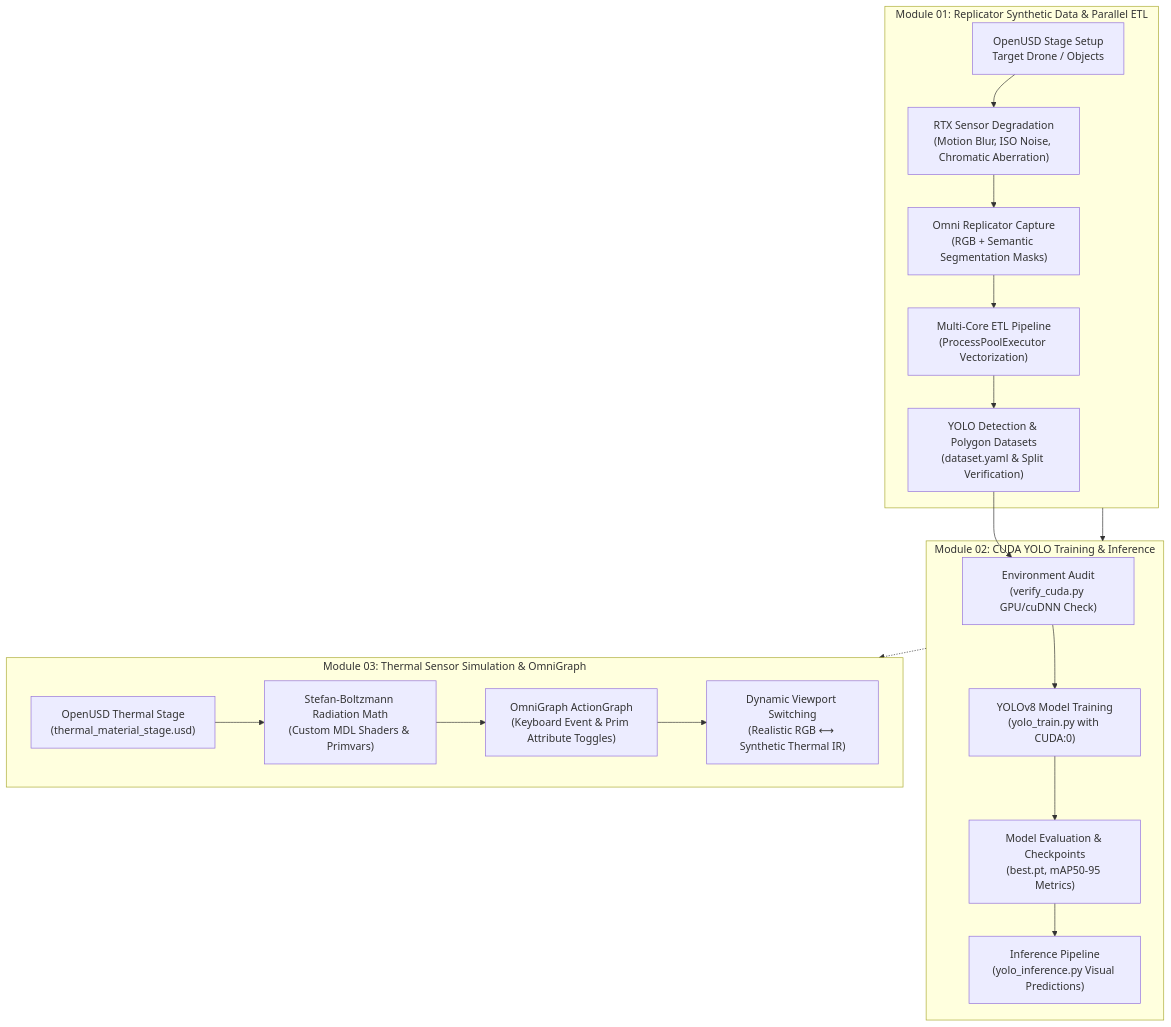
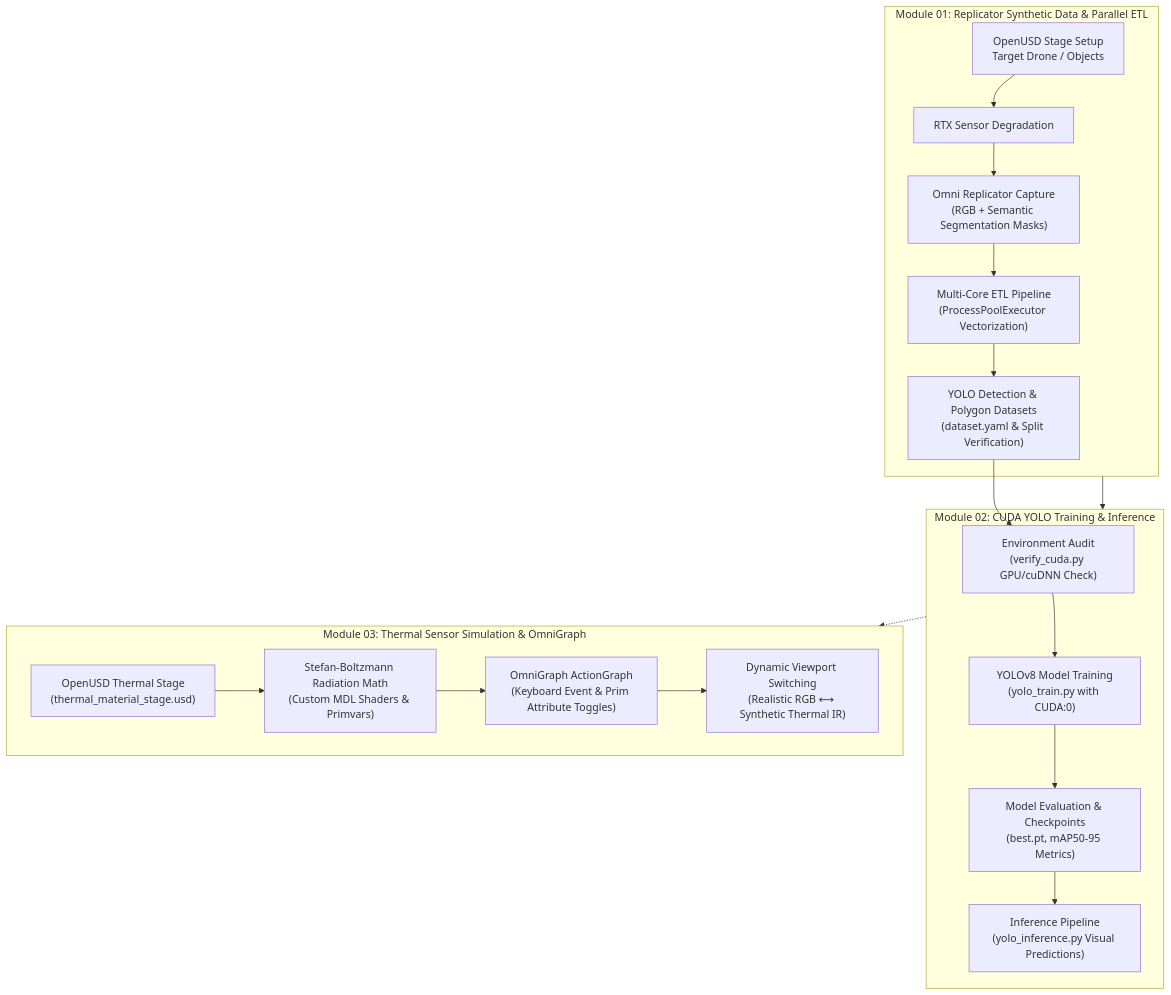
The diagram in README.md (HaiPy04/isaac-sim-synthetic-vision-lab), drawn with Mermaid before and after one commit.

Commit message:
Fix mermaid diagram formatting in README.md

````diff
--- a/README.md
+++ b/README.md
@@ -17,25 +17,25 @@
 ```mermaid
 flowchart TD
     subgraph M1["Module 01: Replicator Synthetic Data & Parallel ETL"]
-        A["OpenUSD Stage Setup<br/>Target Drone / Objects"] --> B["RTX Sensor Degradation<br/>(Motion Blur, ISO Noise, Chromatic Aberration)"]
+        A["OpenUSD Stage Setup<br/>Target Drone / Objects"] --> B["RTX Sensor Degradation<br/>"]
         B --> C["Omni Replicator Capture<br/>(RGB + Semantic Segmentation Masks)"]
         C --> D["Multi-Core ETL Pipeline<br/>(ProcessPoolExecutor Vectorization)"]
         D --> E["YOLO Detection & Polygon Datasets<br/>(dataset.yaml & Split Verification)"]
     end
 
     subgraph M2["Module 02: CUDA YOLO Training & Inference"]
         E --> F["Environment Audit<br/>(verify_cuda.py GPU/cuDNN Check)"]
         F --> G["YOLOv8 Model Training<br/>(yolo_train.py with CUDA:0)"]
         G --> H["Model Evaluation & Checkpoints<br/>(best.pt, mAP50-95 Metrics)"]
         H --> I["Inference Pipeline<br/>(yolo_inference.py Visual Predictions)"]
     end
 
     subgraph M3["Module 03: Thermal Sensor Simulation & OmniGraph"]
         J["OpenUSD Thermal Stage<br/>(thermal_material_stage.usd)"] --> K["Stefan-Boltzmann Radiation Math<br/>(Custom MDL Shaders & Primvars)"]
         K --> L["OmniGraph ActionGraph<br/>(Keyboard Event & Prim Attribute Toggles)"]
         L --> M["Dynamic Viewport Switching<br/>(Realistic RGB ⟷ Synthetic Thermal IR)"]
     end
 
     M1 --> M2
     M2 -.-> M3
 ```
````
